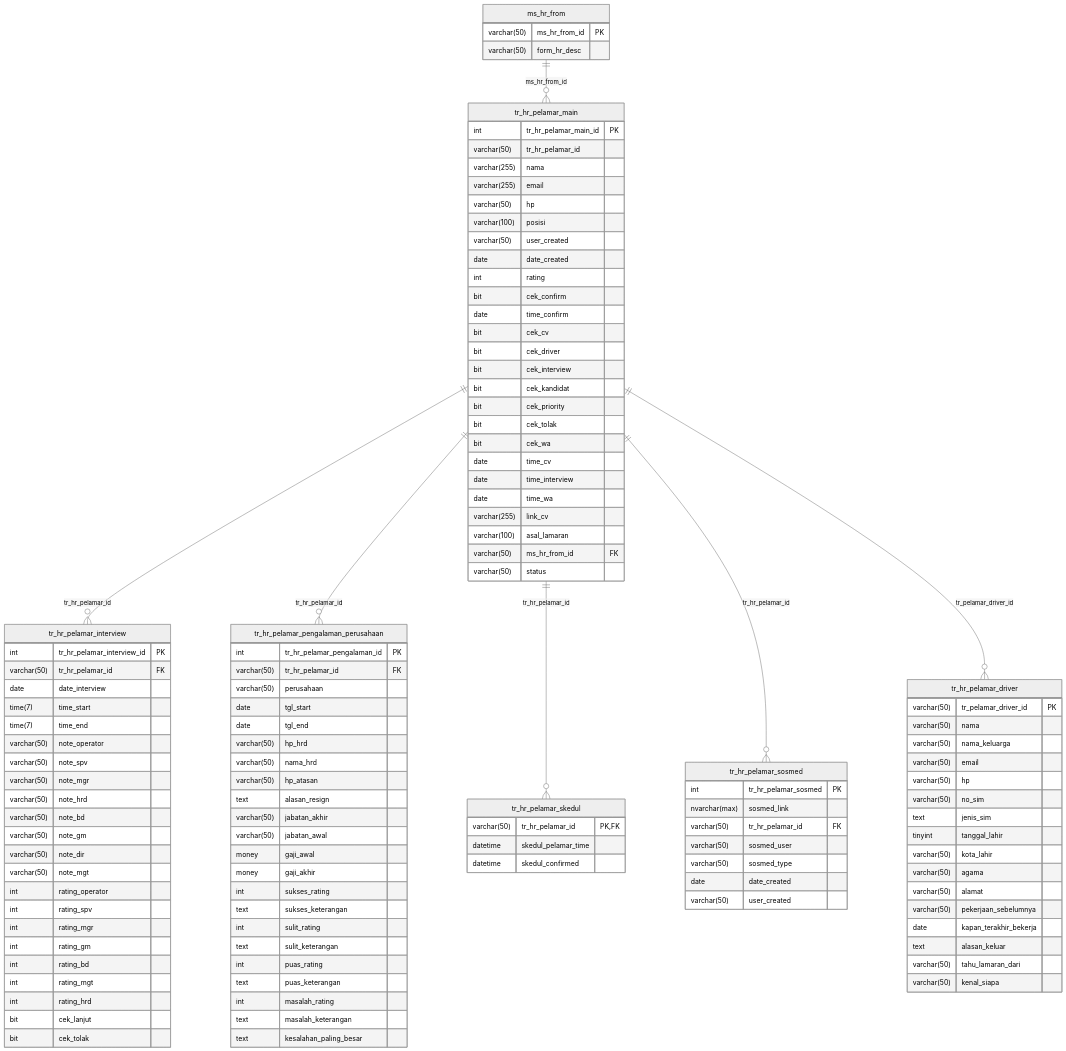
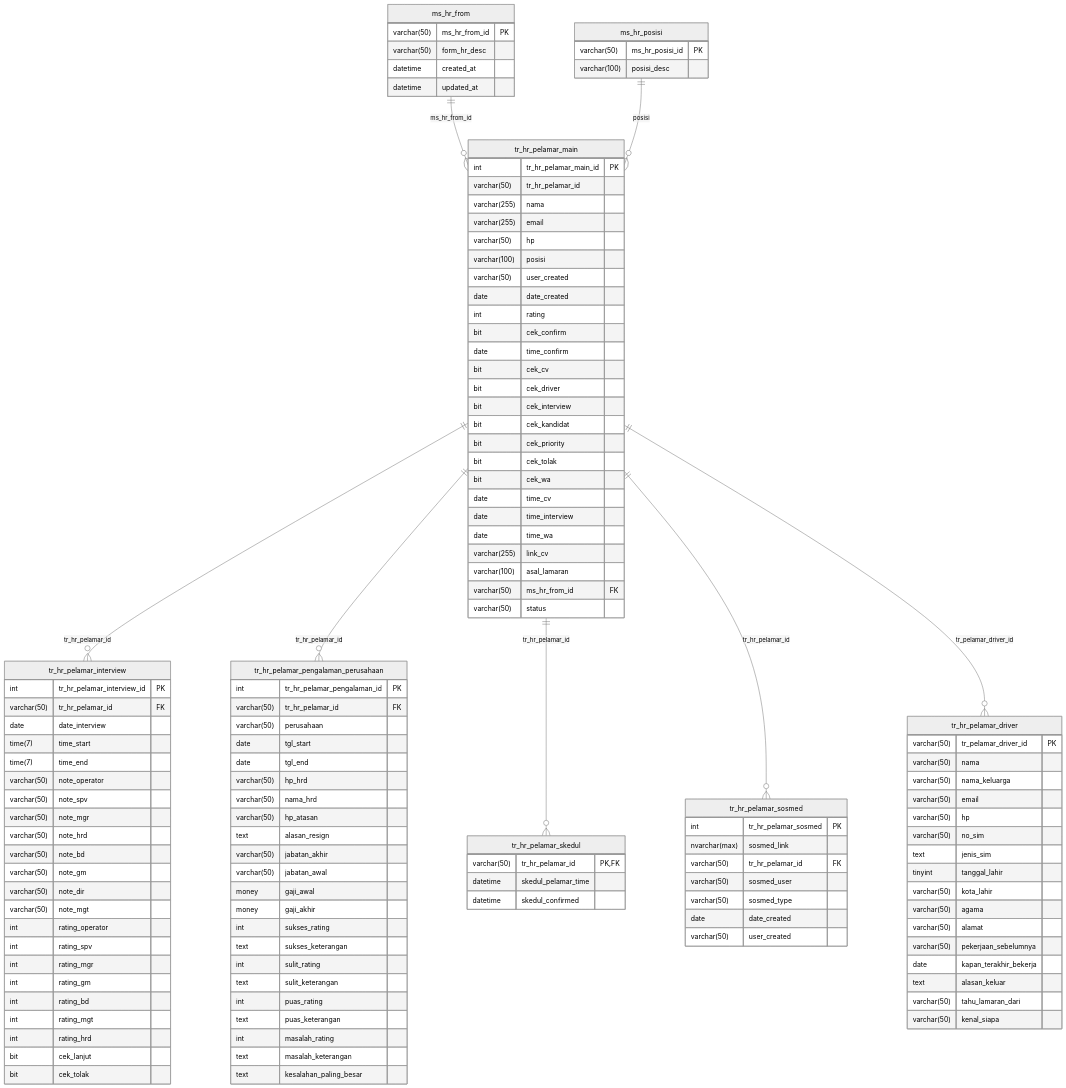
The diagram in docs/DATABASE_SCHEMA.md (CharlesUnsulangi/hrdmadmin), drawn with Mermaid (neutral theme) before and after one commit. The commit also changed other lines of this file and 59 other files, not shown here.

Commit message:
Implementasi penuh master data, pelamar, employee, migrasi, dokumentasi per tabel, dan sinkronisasi schema SQL Server

````diff
--- a/docs/DATABASE_SCHEMA.md
+++ b/docs/DATABASE_SCHEMA.md
@@ -118,6 +118,13 @@
 	ms_hr_from {
 		varchar(50) ms_hr_from_id PK
 		varchar(50) form_hr_desc
+		datetime created_at
+		datetime updated_at
+	}
+
+	ms_hr_posisi {
+		varchar(50) ms_hr_posisi_id PK
+		varchar(100) posisi_desc
 	}
 
 	tr_hr_pelamar_main ||--o{ tr_hr_pelamar_interview : "tr_hr_pelamar_id"
@@ -126,4 +133,6 @@
 	tr_hr_pelamar_main ||--o{ tr_hr_pelamar_sosmed : "tr_hr_pelamar_id"
 	tr_hr_pelamar_main ||--o{ tr_hr_pelamar_driver : "tr_pelamar_driver_id"
 	ms_hr_from ||--o{ tr_hr_pelamar_main : "ms_hr_from_id"
+
+	ms_hr_posisi ||--o{ tr_hr_pelamar_main : "posisi"
 ```
````
